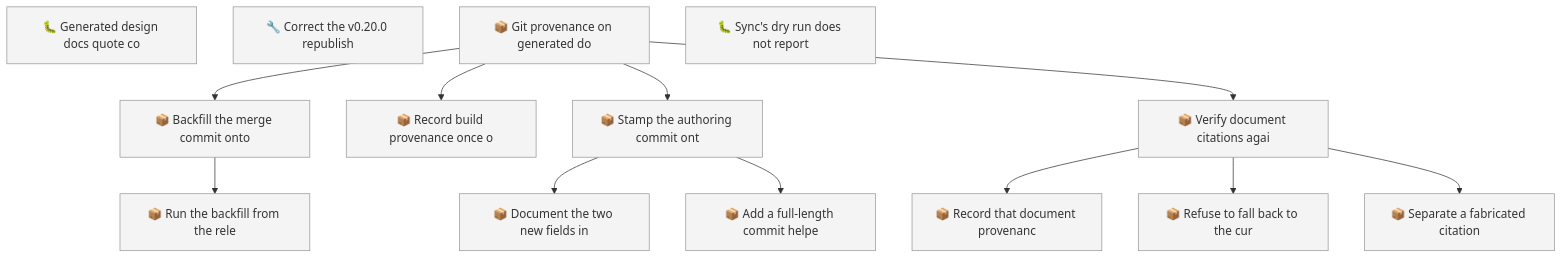
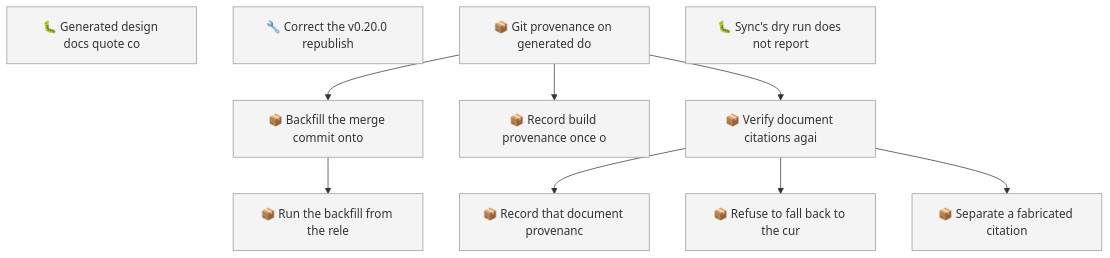
The first of 2 diagrams in docs/roadmap.md (SpillwaveSolutions/wiki_ticket_sdd), drawn with Mermaid before and after one commit. The commit also changed other lines of this file and 19 other files, not shown here.

````diff
--- a/docs/roadmap.md
+++ b/docs/roadmap.md
@@ -64,29 +61,23 @@
 ```mermaid
 graph TD
     01KZ2M75CEXBQHFN1AG1Z8A2YB["🐛 Generated design docs quote co"]
     01KZ2PJZF067ZS4YW231C1FM28["🔧 Correct the v0.20.0 republish"]
     01KZ30X6HZ6FKJXJX386J44CB1["📦 Git provenance on generated do"]
     01KZ30X6JE0QSQF6BE8S0YRPBW["📦 Backfill the merge commit onto"]
     01KZ30X6JE1ERVS43QVXEEGVXA["📦 Record build provenance once o"]
     01KZ30X6JE8542ERDW1B8A9P8H["📦 Run the backfill from the rele"]
     01KZ30X6JEBXN08HQTQ77ESSTV["📦 Record that document provenanc"]
-    01KZ30X6JECK0M9G04ZHMS4SMA["📦 Stamp the authoring commit ont"]
     01KZ30X6JEETVQZG7YYFM7B998["📦 Refuse to fall back to the cur"]
     01KZ30X6JEF29Z5AEEWXBSJWHV["📦 Verify document citations agai"]
-    01KZ30X6JEH1Z7D5AC5ZAMM5V8["📦 Document the two new fields in"]
     01KZ30X6JEWCD74E81Y555DAYP["📦 Separate a fabricated citation"]
-    01KZ30X6JEXH4TTKHDNV3ZW0Q2["📦 Add a full-length commit helpe"]
     01KZ31DGAQ2YDP6RMEMVNAWABH["🐛 Sync's dry run does not report"]
     01KZ30X6HZ6FKJXJX386J44CB1 --> 01KZ30X6JE0QSQF6BE8S0YRPBW
     01KZ30X6HZ6FKJXJX386J44CB1 --> 01KZ30X6JE1ERVS43QVXEEGVXA
     01KZ30X6JE0QSQF6BE8S0YRPBW --> 01KZ30X6JE8542ERDW1B8A9P8H
     01KZ30X6JEF29Z5AEEWXBSJWHV --> 01KZ30X6JEBXN08HQTQ77ESSTV
-    01KZ30X6HZ6FKJXJX386J44CB1 --> 01KZ30X6JECK0M9G04ZHMS4SMA
     01KZ30X6JEF29Z5AEEWXBSJWHV --> 01KZ30X6JEETVQZG7YYFM7B998
     01KZ30X6HZ6FKJXJX386J44CB1 --> 01KZ30X6JEF29Z5AEEWXBSJWHV
-    01KZ30X6JECK0M9G04ZHMS4SMA --> 01KZ30X6JEH1Z7D5AC5ZAMM5V8
     01KZ30X6JEF29Z5AEEWXBSJWHV --> 01KZ30X6JEWCD74E81Y555DAYP
-    01KZ30X6JECK0M9G04ZHMS4SMA --> 01KZ30X6JEXH4TTKHDNV3ZW0Q2
     classDef todo fill:#f4f4f4,stroke:#999999
-    class 01KZ2M75CEXBQHFN1AG1Z8A2YB,01KZ2PJZF067ZS4YW231C1FM28,01KZ30X6HZ6FKJXJX386J44CB1,01KZ30X6JE0QSQF6BE8S0YRPBW,01KZ30X6JE1ERVS43QVXEEGVXA,01KZ30X6JE8542ERDW1B8A9P8H,01KZ30X6JEBXN08HQTQ77ESSTV,01KZ30X6JECK0M9G04ZHMS4SMA,01KZ30X6JEETVQZG7YYFM7B998,01KZ30X6JEF29Z5AEEWXBSJWHV,01KZ30X6JEH1Z7D5AC5ZAMM5V8,01KZ30X6JEWCD74E81Y555DAYP,01KZ30X6JEXH4TTKHDNV3ZW0Q2,01KZ31DGAQ2YDP6RMEMVNAWABH todo
+    class 01KZ2M75CEXBQHFN1AG1Z8A2YB,01KZ2PJZF067ZS4YW231C1FM28,01KZ30X6HZ6FKJXJX386J44CB1,01KZ30X6JE0QSQF6BE8S0YRPBW,01KZ30X6JE1ERVS43QVXEEGVXA,01KZ30X6JE8542ERDW1B8A9P8H,01KZ30X6JEBXN08HQTQ77ESSTV,01KZ30X6JEETVQZG7YYFM7B998,01KZ30X6JEF29Z5AEEWXBSJWHV,01KZ30X6JEWCD74E81Y555DAYP,01KZ31DGAQ2YDP6RMEMVNAWABH todo
 ```
````
